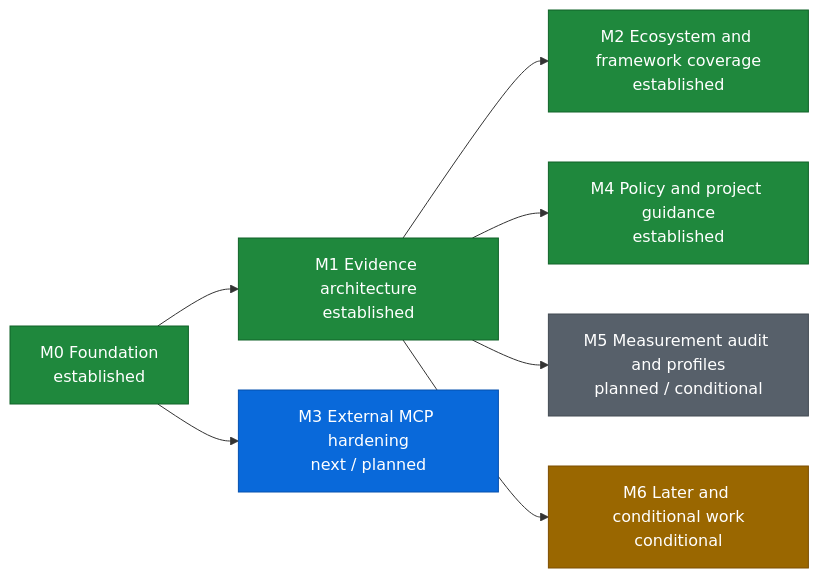
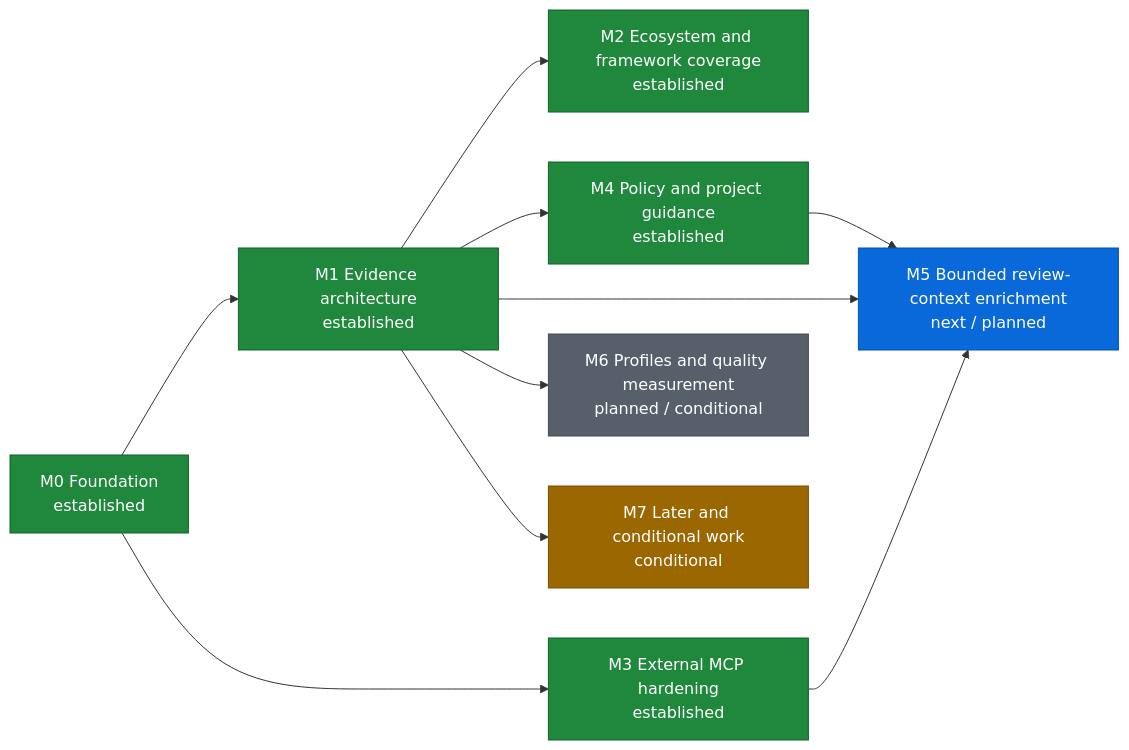
One commit to xeonvs/open-code-review-toolkit changed the diagram in ROADMAP.md. Above: the diagram before and after it, drawn with Mermaid. The commit also changed other lines of this file and 8 other files, not shown here.

First line of the commit message:
Document M3 boundary and plan M5 context enrichment [skip actions] (#99)

````diff
--- a/ROADMAP.md
+++ b/ROADMAP.md
@@ -8,19 +8,22 @@
 ```mermaid
 flowchart LR
     M0["M0 Foundation<br/>established"] --> M1["M1 Evidence architecture<br/>established"]
-    M0 --> M3["M3 External MCP hardening<br/>next / planned"]
+    M0 --> M3["M3 External MCP hardening<br/>established"]
     M1 --> M2["M2 Ecosystem and framework coverage<br/>established"]
     M1 --> M4["M4 Policy and project guidance<br/>established"]
-    M1 --> M5["M5 Measurement audit and profiles<br/>planned / conditional"]
-    M1 --> M6["M6 Later and conditional work<br/>conditional"]
+    M1 --> M5["M5 Bounded review-context enrichment<br/>next / planned"]
+    M3 --> M5
+    M4 --> M5
+    M1 --> M6["M6 Profiles and quality measurement<br/>planned / conditional"]
+    M1 --> M7["M7 Later and conditional work<br/>conditional"]
 
     classDef established fill:#1f883d,stroke:#116329,color:#ffffff
     classDef next fill:#0969da,stroke:#0550ae,color:#ffffff
     classDef planned fill:#57606a,stroke:#424a53,color:#ffffff
     classDef conditional fill:#9a6700,stroke:#7d4e00,color:#ffffff
 
-    class M0,M1,M2,M4 established
-    class M3 next
-    class M5 planned
-    class M6 conditional
+    class M0,M1,M2,M3,M4 established
+    class M5 next
+    class M6 planned
+    class M7 conditional
 ```
````
